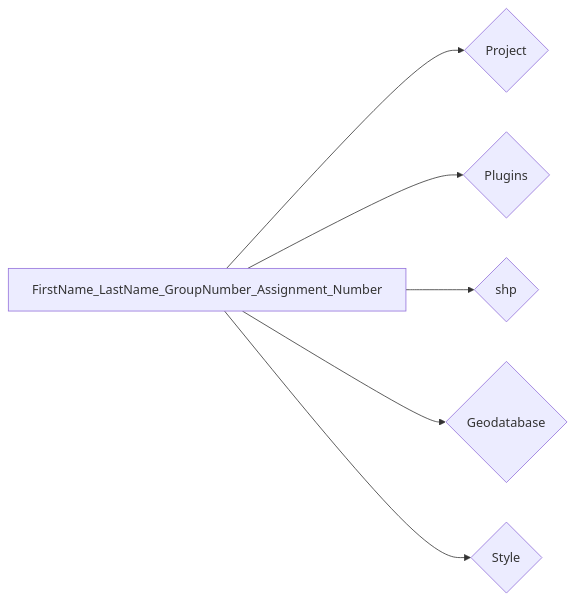
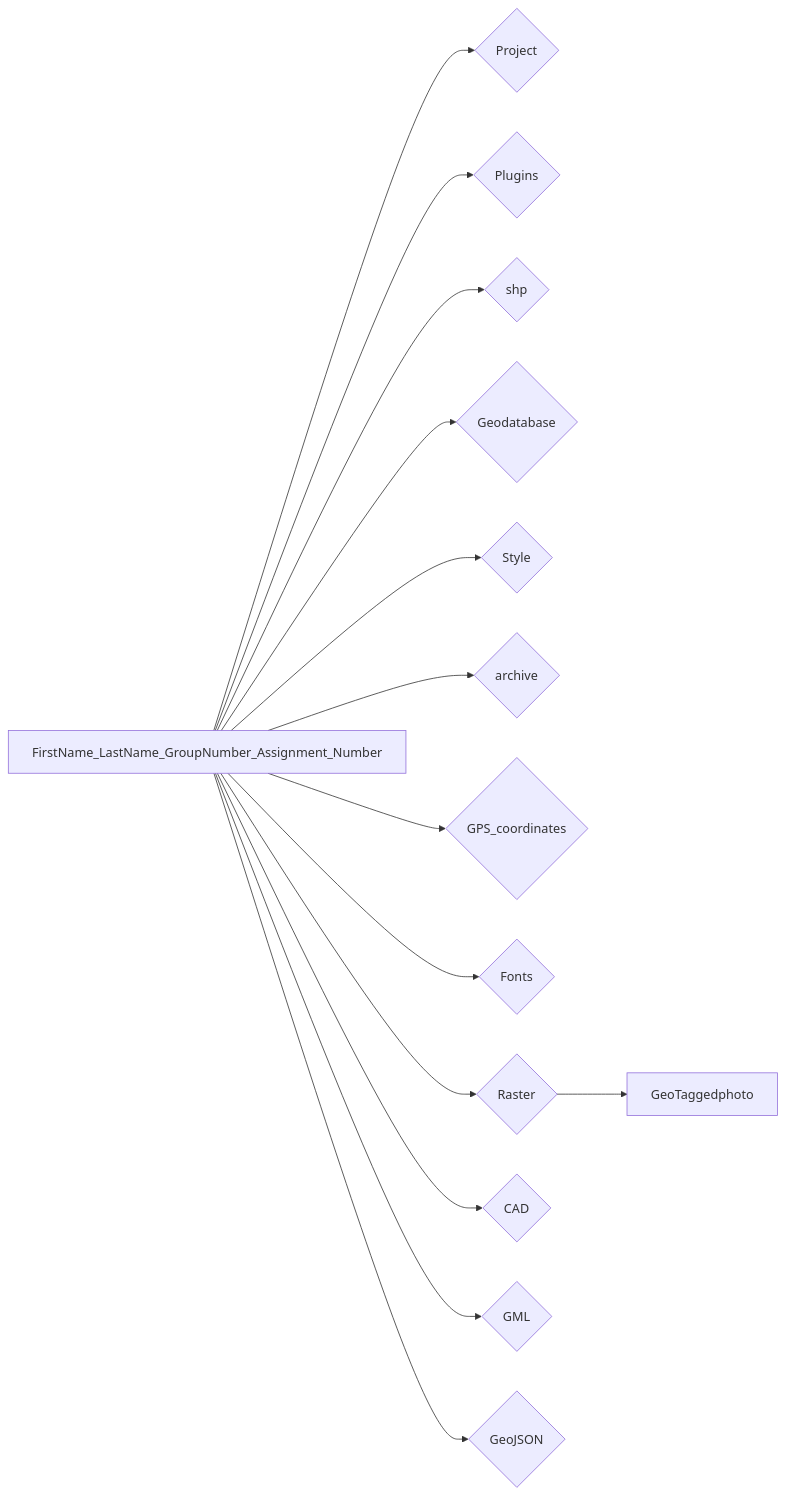
One commit to ezdanapak/GTU-GIS changed the diagram in docs/GIS_SKA/Lab/Selection.md. Above: the diagram before and after it, drawn with Mermaid. The commit also changed other lines of this file and 1 other file, not shown here.

````diff
--- a/docs/GIS_SKA/Lab/Selection.md
+++ b/docs/GIS_SKA/Lab/Selection.md
@@ -85,8 +85,18 @@
 ``` mermaid
 graph LR
   A[FirstName_LastName_GroupNumber_Assignment_Number] --> B{Project};
   A[FirstName_LastName_GroupNumber_Assignment_Number] --> C{Plugins};
   A[FirstName_LastName_GroupNumber_Assignment_Number] --> D{shp};
   A[FirstName_LastName_GroupNumber_Assignment_Number] --> E{Geodatabase};
   A[FirstName_LastName_GroupNumber_Assignment_Number] --> F{Style};
+  A[FirstName_LastName_GroupNumber_Assignment_Number] --> G{archive};
+  A[FirstName_LastName_GroupNumber_Assignment_Number] --> H{GPS_coordinates};
+  A[FirstName_LastName_GroupNumber_Assignment_Number] --> I{Fonts};
+  A[FirstName_LastName_GroupNumber_Assignment_Number] --> J{Raster};
+  J --> K[GeoTaggedphoto];
+  A[FirstName_LastName_GroupNumber_Assignment_Number] --> L{CAD};
+  A[FirstName_LastName_GroupNumber_Assignment_Number] --> M{GML};
+  A[FirstName_LastName_GroupNumber_Assignment_Number] --> N{GeoJSON};
+
+
 ```
````
